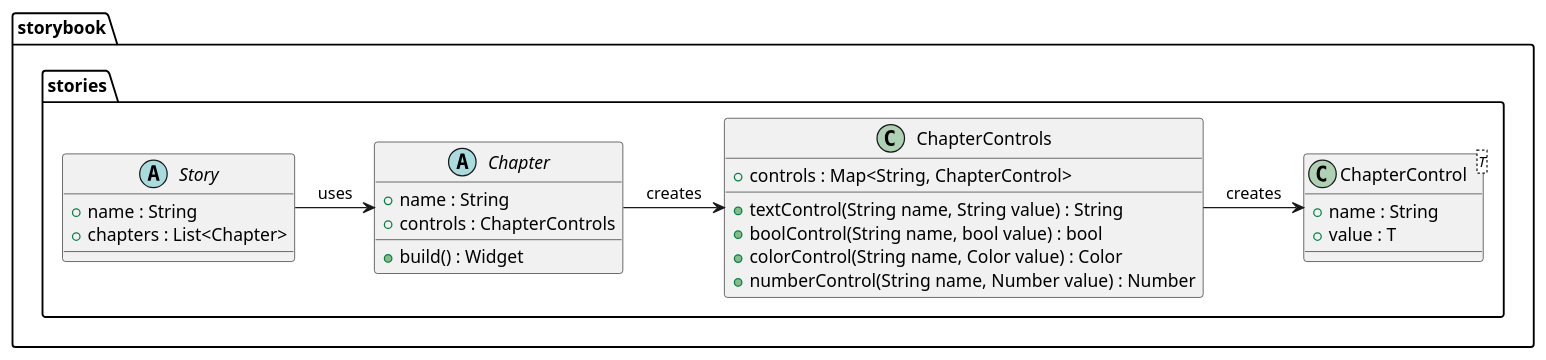
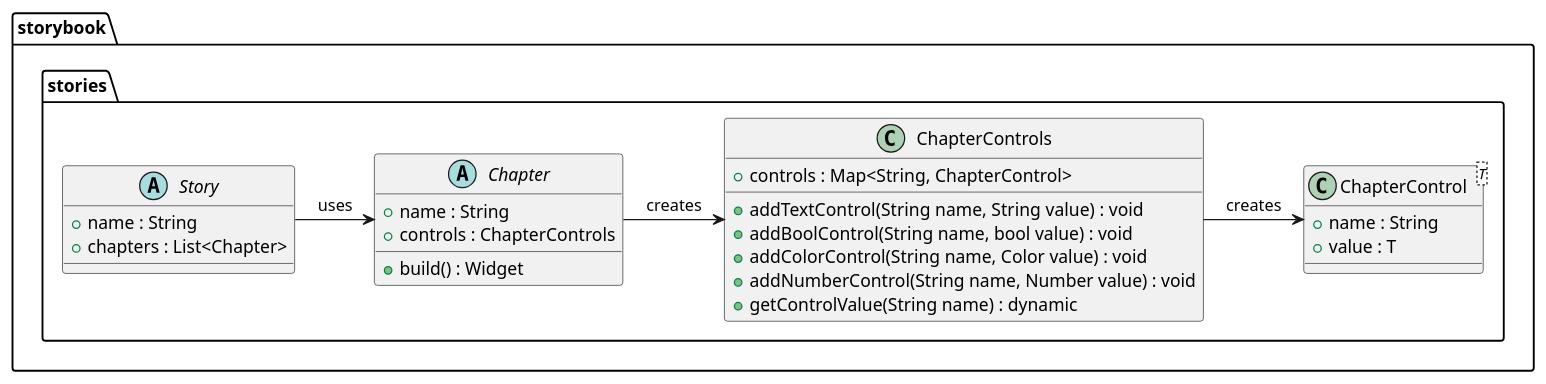
One commit to Flank/flank-dashboard changed the diagram in metrics/web/docs/features/storybook/diagrams/metrics_storybook_stories_class_diagram.puml. Above: the diagram before and after it, drawn with PlantUML. The commit also changed 2 other files, not shown here.

Commit message:
Improve design document and fix diagrams

```diff
--- a/metrics/web/docs/features/storybook/diagrams/metrics_storybook_stories_class_diagram.puml
+++ b/metrics/web/docs/features/storybook/diagrams/metrics_storybook_stories_class_diagram.puml
@@ -1,37 +1,38 @@
 @startuml metrics_storybook_class_diagram
 
 package storybook {
     package stories {
         abstract class Story {
             + name : String
             + chapters : List<Chapter>
         }
 
         abstract class Chapter {
             + name : String
             + controls : ChapterControls
 
             + build() : Widget
         }
 
         class ChapterControls {
             + controls : Map<String, ChapterControl>
 
-            + textControl(String name, String value) : String
-            + boolControl(String name, bool value) : bool
-            + colorControl(String name, Color value) : Color
-            + numberControl(String name, Number value) : Number
+            + addTextControl(String name, String value) : void
+            + addBoolControl(String name, bool value) : void
+            + addColorControl(String name, Color value) : void
+            + addNumberControl(String name, Number value) : void
+            + getControlValue(String name) : dynamic
         }
 
         class ChapterControl<T> {
             + name : String
             + value : T
         }
     }
 }
 
 Story -right-> Chapter : uses
 Chapter -right-> ChapterControls : creates
 ChapterControls -> ChapterControl : creates
 
 @enduml
```
